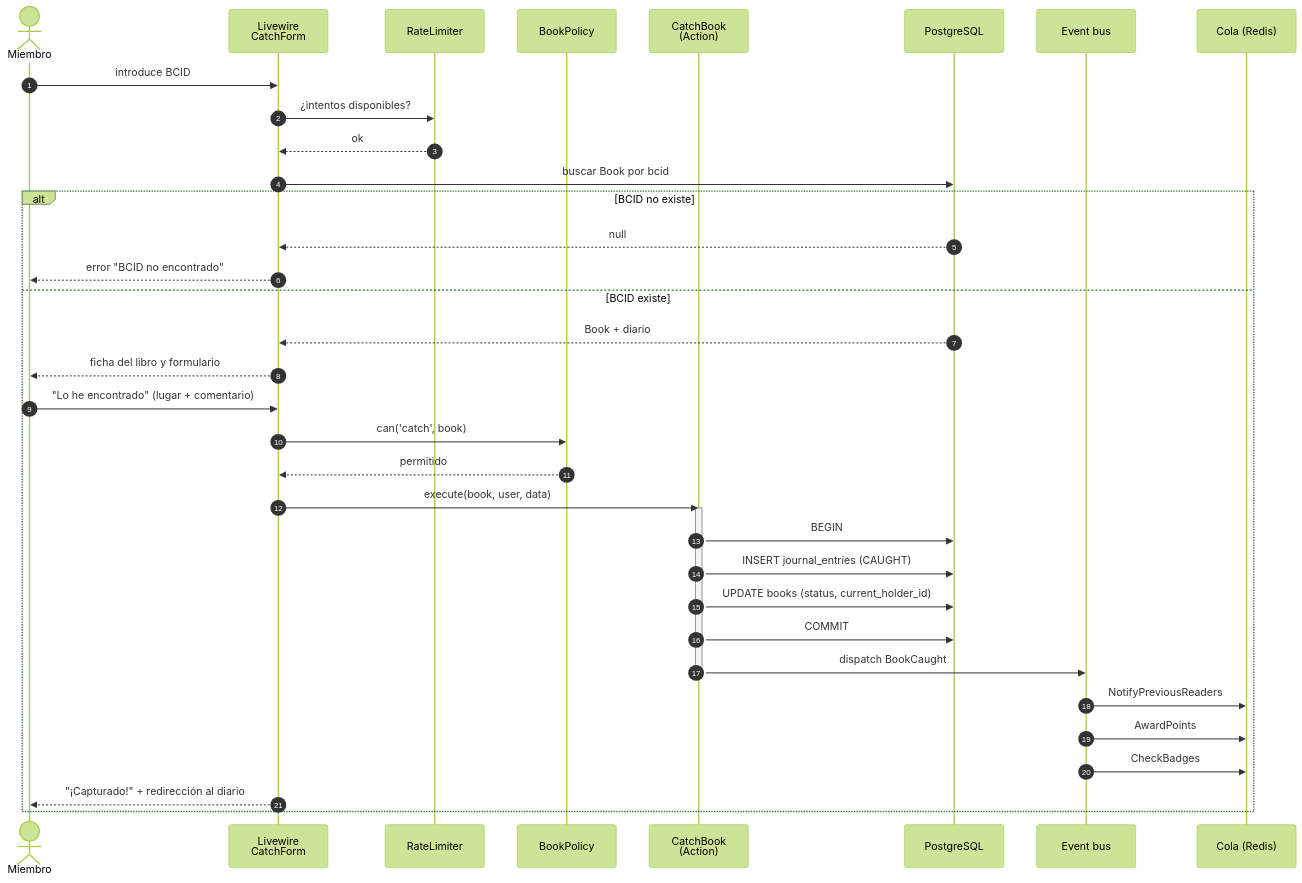
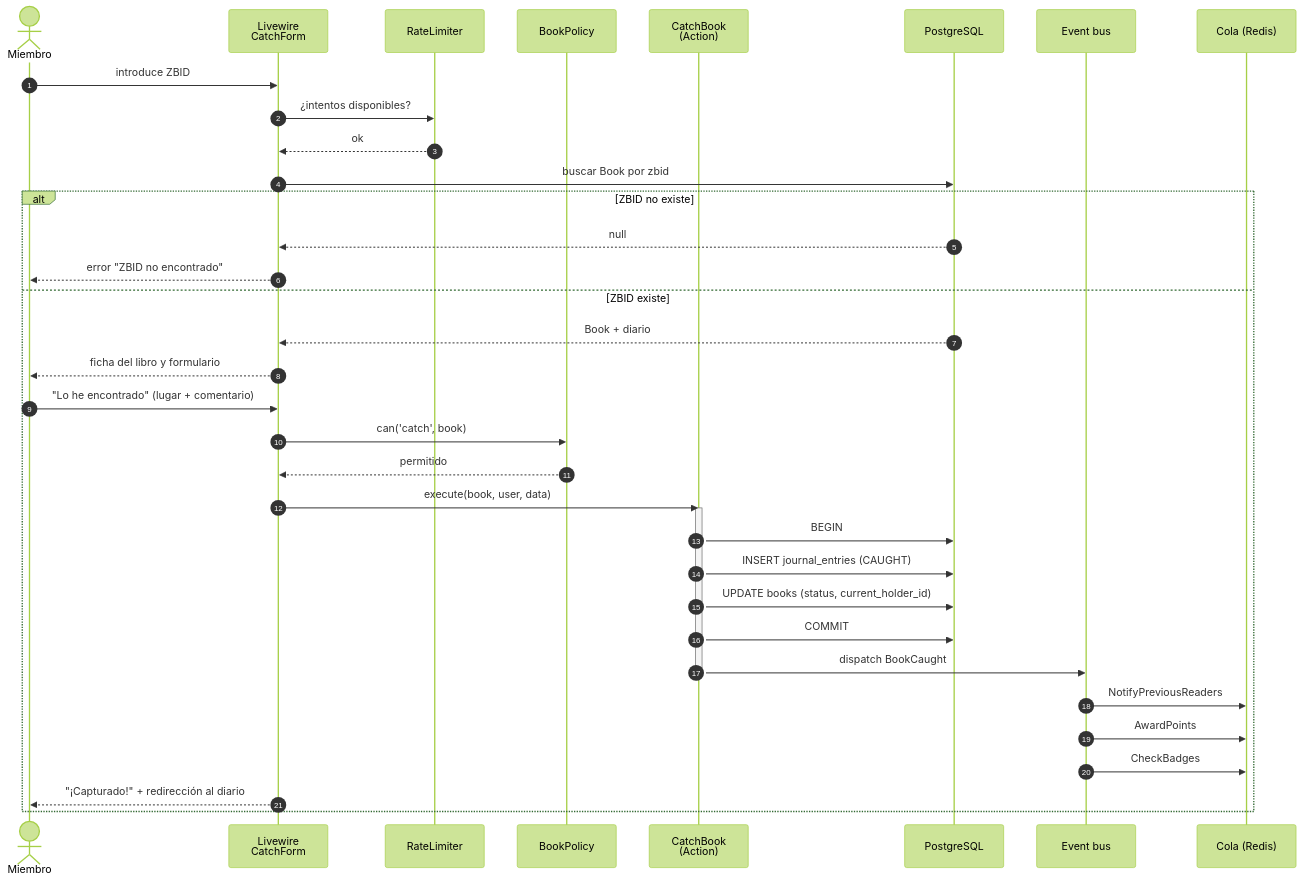
The diagram in docs/diagramas/04-secuencia-captura.md (zStrikke/zBooks), drawn with Mermaid (forest theme) before and after one commit. The commit also changed other lines of this file and 10 other files, not shown here.

````diff
--- a/docs/diagramas/04-secuencia-captura.md
+++ b/docs/diagramas/04-secuencia-captura.md
@@ -5,39 +5,39 @@
 ```mermaid
 sequenceDiagram
     autonumber
     actor U as Miembro
     participant LW as Livewire<br/>CatchForm
     participant RL as RateLimiter
     participant P as BookPolicy
     participant A as CatchBook<br/>(Action)
     participant DB as PostgreSQL
     participant EV as Event bus
     participant Q as Cola (Redis)
 
-    U->>LW: introduce BCID
+    U->>LW: introduce ZBID
     LW->>RL: ¿intentos disponibles?
     RL-->>LW: ok
-    LW->>DB: buscar Book por bcid
-    alt BCID no existe
+    LW->>DB: buscar Book por zbid
+    alt ZBID no existe
         DB-->>LW: null
-        LW-->>U: error "BCID no encontrado"
-    else BCID existe
+        LW-->>U: error "ZBID no encontrado"
+    else ZBID existe
         DB-->>LW: Book + diario
         LW-->>U: ficha del libro y formulario
         U->>LW: "Lo he encontrado" (lugar + comentario)
         LW->>P: can('catch', book)
         P-->>LW: permitido
         LW->>A: execute(book, user, data)
         activate A
         A->>DB: BEGIN
         A->>DB: INSERT journal_entries (CAUGHT)
         A->>DB: UPDATE books (status, current_holder_id)
         A->>DB: COMMIT
         A->>EV: dispatch BookCaught
         deactivate A
         EV->>Q: NotifyPreviousReaders
         EV->>Q: AwardPoints
         EV->>Q: CheckBadges
         LW-->>U: "¡Capturado!" + redirección al diario
     end
 ```
````
